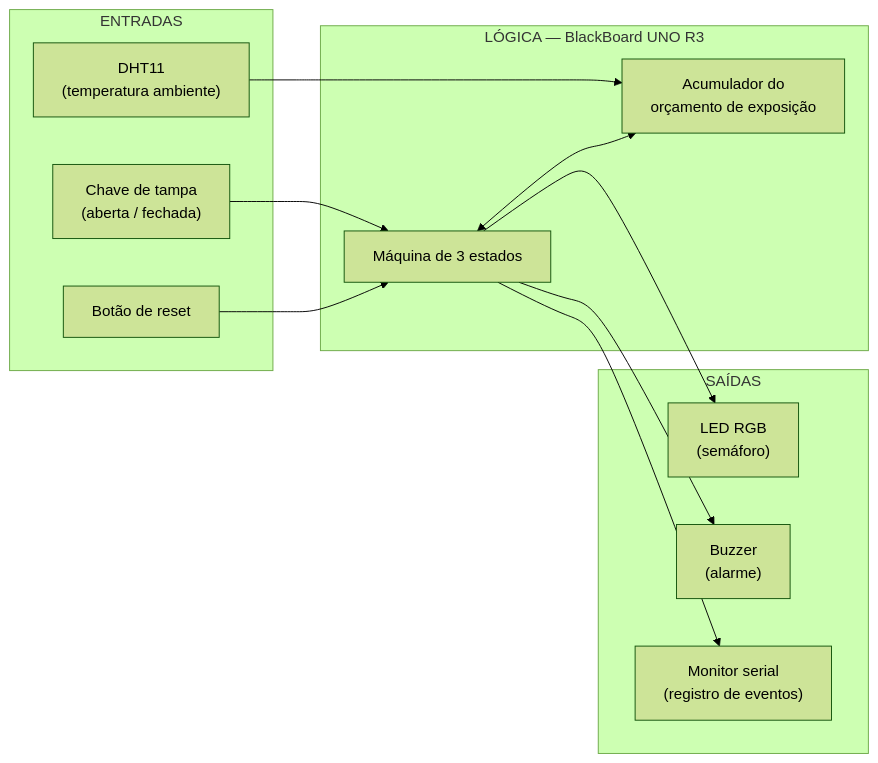
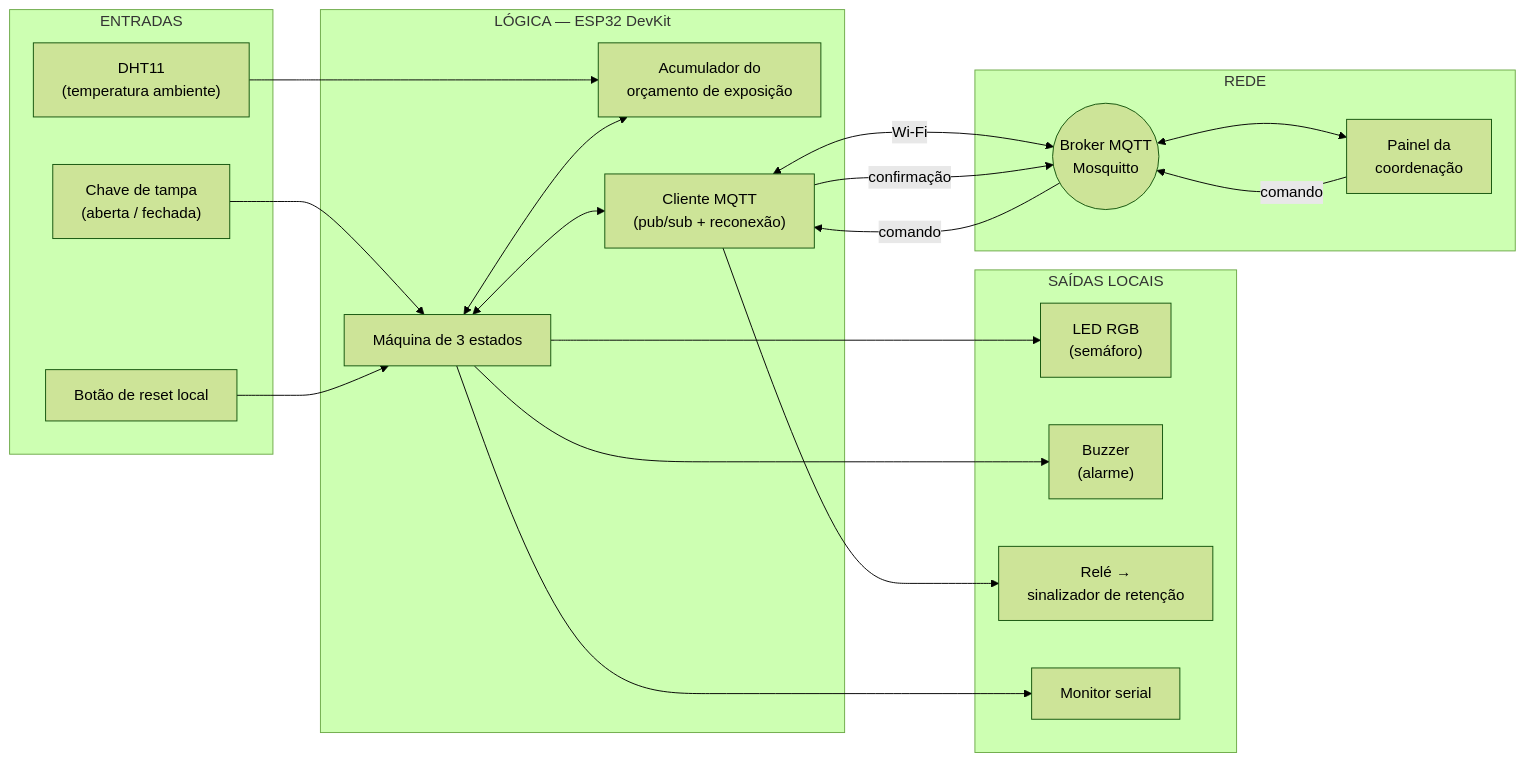
The first of 2 diagrams in README.md (VictorKunzz/sentinela-cadeia-fria), drawn with Mermaid (forest theme) before and after one commit. The commit also changed other lines of this file and 4 other files, not shown here.

````diff
--- a/README.md
+++ b/README.md
@@ -85,24 +101,37 @@
 ```mermaid
 flowchart LR
     subgraph E["ENTRADAS"]
         A["Chave de tampa<br/>(aberta / fechada)"]
         B["DHT11<br/>(temperatura ambiente)"]
-        C["Botão de reset"]
+        C["Botão de reset local"]
     end
-    subgraph L["LÓGICA — BlackBoard UNO R3"]
+    subgraph L["LÓGICA — ESP32 DevKit"]
         D["Máquina de 3 estados"]
         F["Acumulador do<br/>orçamento de exposição"]
+        M["Cliente MQTT<br/>(pub/sub + reconexão)"]
     end
-    subgraph S["SAÍDAS"]
+    subgraph S["SAÍDAS LOCAIS"]
         G["LED RGB<br/>(semáforo)"]
         H["Buzzer<br/>(alarme)"]
-        I["Monitor serial<br/>(registro de eventos)"]
+        R["Relé →<br/>sinalizador de retenção"]
+        I["Monitor serial"]
+    end
+    subgraph N["REDE"]
+        K(("Broker MQTT<br/>Mosquitto"))
+        P["Painel da<br/>coordenação"]
     end
     A --> D
     B --> F
     C --> D
     D <--> F
     D --> G
     D --> H
     D --> I
+    D <--> M
+    M <-->|Wi-Fi| K
+    K <--> P
+    P -->|comando| K
+    K -->|comando| M
+    M --> R
+    M -->|confirmação| K
 ```
````
